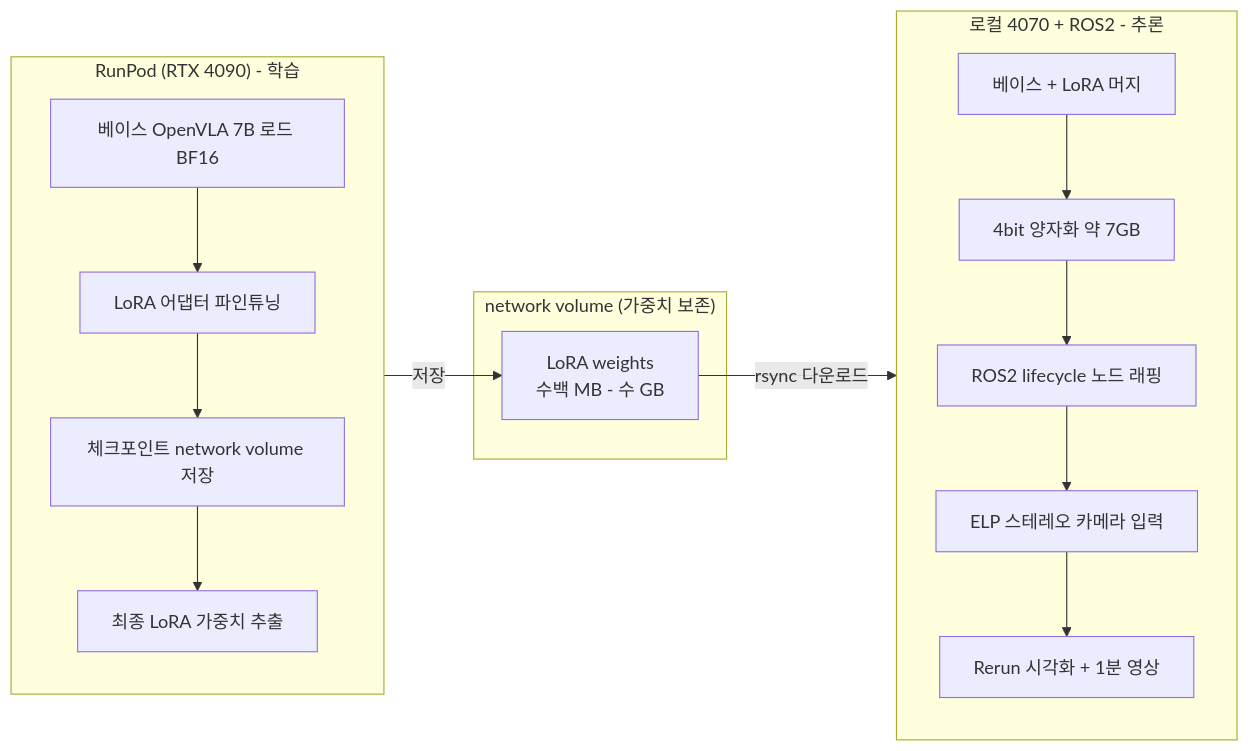
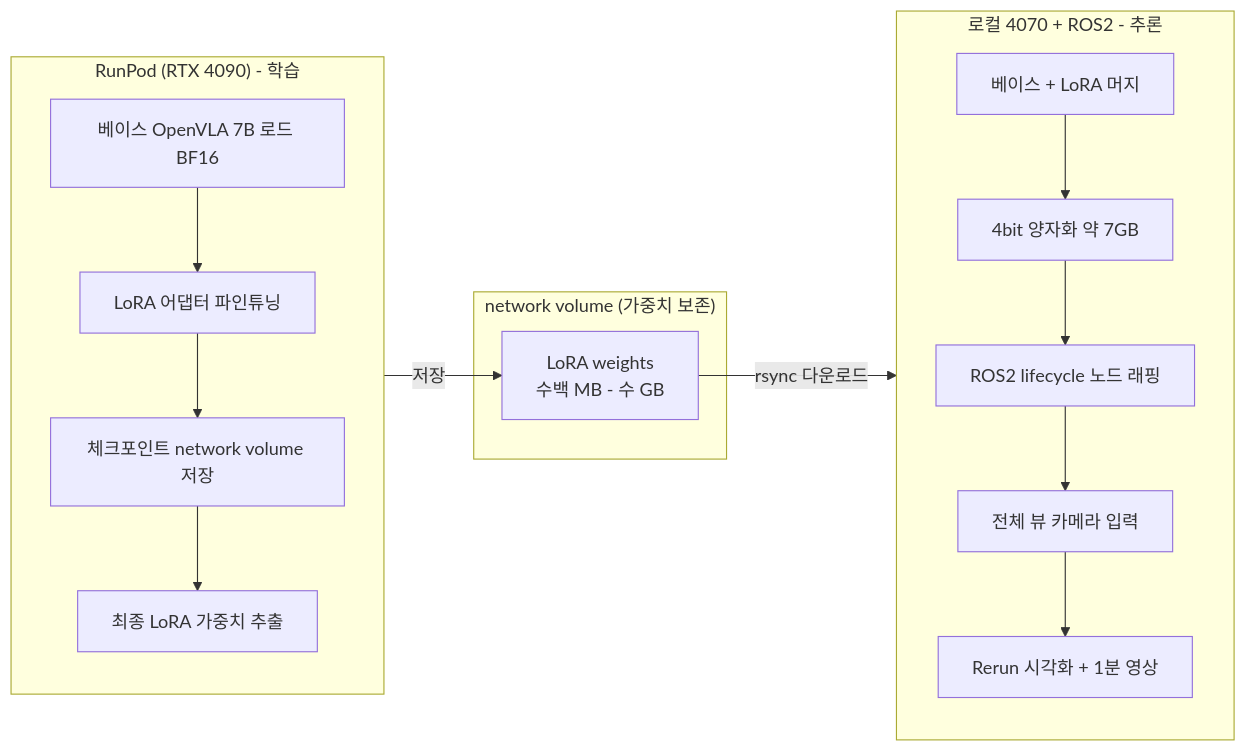
One commit to tylee-yeonge/physical-ai-study changed the first of 2 diagrams in Studies/Phase 4/SETUP.md. Above: the diagram before and after it, drawn with Mermaid. The commit also changed other lines of this file and 23 other files, not shown here.

````diff
--- a/Studies/Phase 4/SETUP.md
+++ b/Studies/Phase 4/SETUP.md
@@ -93,28 +93,28 @@
 ```mermaid
 flowchart LR
     subgraph RunPod["RunPod (RTX 4090) - 학습"]
         direction TB
         C1[베이스 OpenVLA 7B 로드 BF16]
         C2[LoRA 어댑터 파인튜닝]
         C3[체크포인트 network volume 저장]
         C4[최종 LoRA 가중치 추출]
         C1 --> C2 --> C3 --> C4
     end
 
     subgraph Volume["network volume (가중치 보존)"]
         D1[LoRA weights<br/>수백 MB - 수 GB]
     end
 
     subgraph Local["로컬 4070 + ROS2 - 추론"]
         direction TB
         L1[베이스 + LoRA 머지]
         L2[4bit 양자화 약 7GB]
         L3[ROS2 lifecycle 노드 래핑]
-        L4[ELP 스테레오 카메라 입력]
+        L4[전체 뷰 카메라 입력]
         L5[Rerun 시각화 + 1분 영상]
         L1 --> L2 --> L3 --> L4 --> L5
     end
 
     C4 -->|저장| D1
     D1 -->|rsync 다운로드| L1
 ```
````
